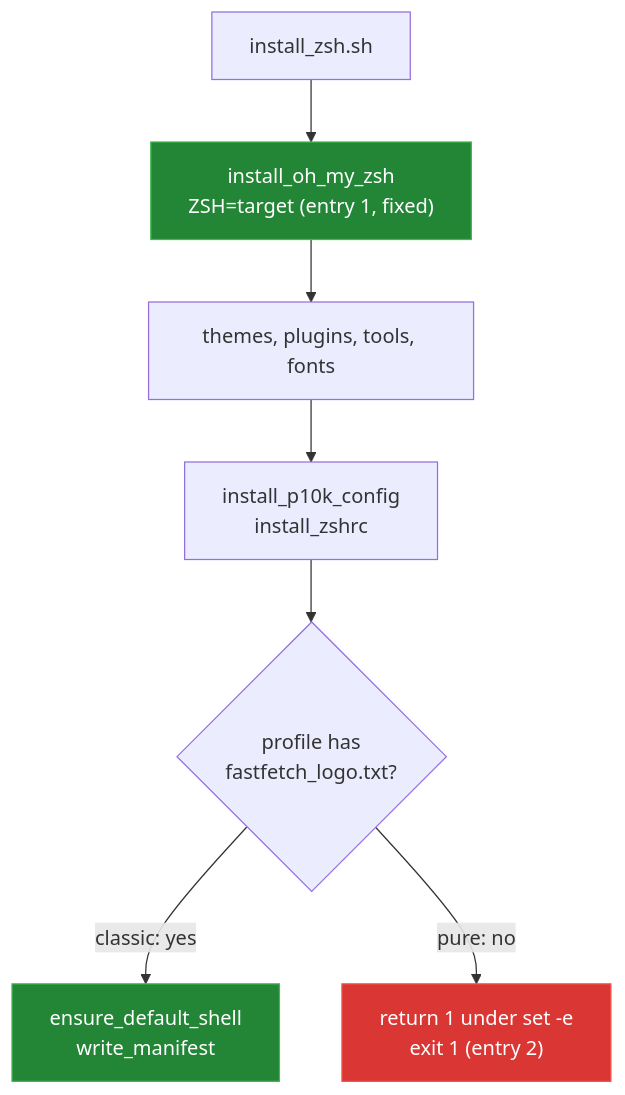
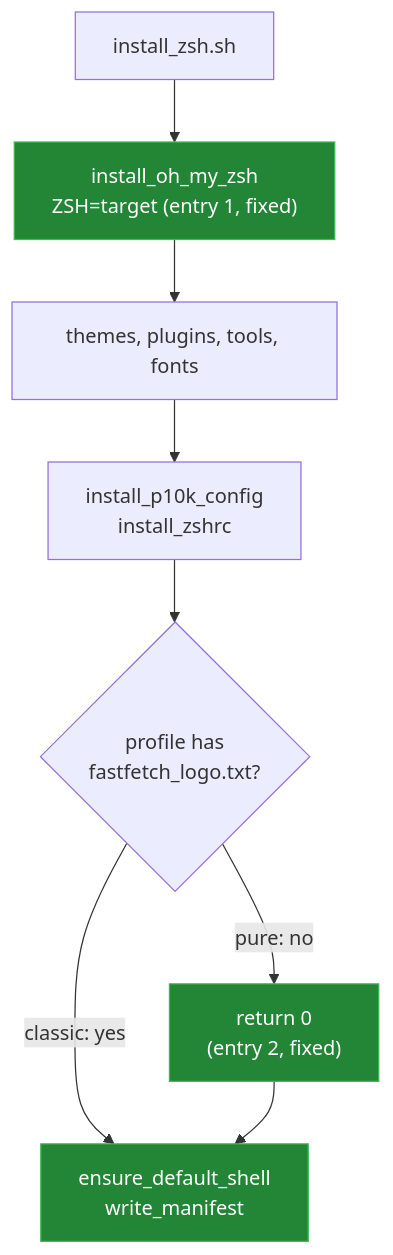
Before and after one commit to Bissbert/zsh.dotfiles: the diagram in docs/BUGS-FOUND.md, drawn with Mermaid. The commit also changed other lines of this file and 8 other files, not shown here.

````diff
--- a/docs/BUGS-FOUND.md
+++ b/docs/BUGS-FOUND.md
@@ -19,13 +19,14 @@
 ```mermaid
 flowchart TD
     A["install_zsh.sh"] --> B["install_oh_my_zsh<br/>ZSH=target (entry 1, fixed)"]
     B --> C["themes, plugins, tools, fonts"]
     C --> D["install_p10k_config<br/>install_zshrc"]
     D --> E{"profile has<br/>fastfetch_logo.txt?"}
     E -->|classic: yes| F["ensure_default_shell<br/>write_manifest"]
-    E -->|pure: no| X["return 1 under set -e<br/>exit 1 (entry 2)"]
+    E -->|pure: no| G["return 0<br/>(entry 2, fixed)"]
+    G --> F
 
     style B fill:#238636,stroke:#3fb950,color:#fff
     style F fill:#238636,stroke:#3fb950,color:#fff
-    style X fill:#da3633,stroke:#f85149,color:#fff
+    style G fill:#238636,stroke:#3fb950,color:#fff
 ```
````
